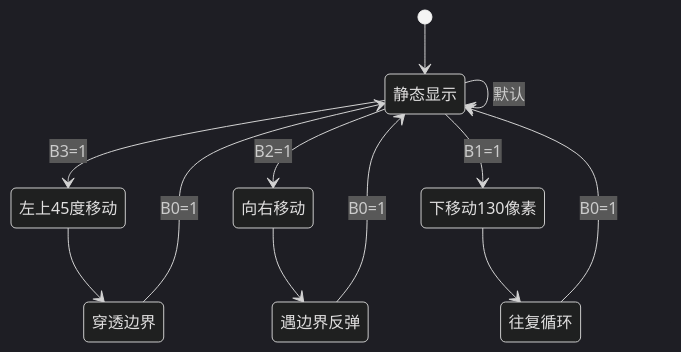
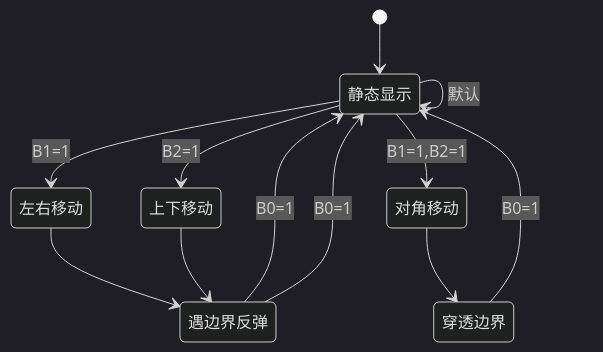
Before and after one commit to soupherexd/LCD_ROM_PIC: the sixth of 13 diagrams in .qoder/repowiki/zh/content/系统架构/显示驱动系统.md, drawn with Mermaid (dark theme). The commit also changed other lines of this file and 5 other files, not shown here.

````diff
--- a/.qoder/repowiki/zh/content/系统架构/显示驱动系统.md
+++ b/.qoder/repowiki/zh/content/系统架构/显示驱动系统.md
@@ -221,14 +261,14 @@
 ```mermaid
 stateDiagram-v2
 [*] --> 静态显示
-静态显示 --> 左上45度移动 : B3=1
-静态显示 --> 向右移动 : B2=1
-静态显示 --> 下移动130像素 : B1=1
+静态显示 --> 左右移动 : B1=1
+静态显示 --> 上下移动 : B2=1
+静态显示 --> 对角移动 : B1=1,B2=1
 静态显示 --> 静态显示 : 默认
-左上45度移动 --> 穿透边界
+左右移动 --> 遇边界反弹
+遇边界反弹 --> 静态显示 : B0=1
+上下移动 --> 遇边界反弹
+遇边界反弹 --> 静态显示 : B0=1
+对角移动 --> 穿透边界
 穿透边界 --> 静态显示 : B0=1
-向右移动 --> 遇边界反弹
-遇边界反弹 --> 静态显示 : B0=1
-下移动130像素 --> 往复循环
-往复循环 --> 静态显示 : B0=1
 ```
````
